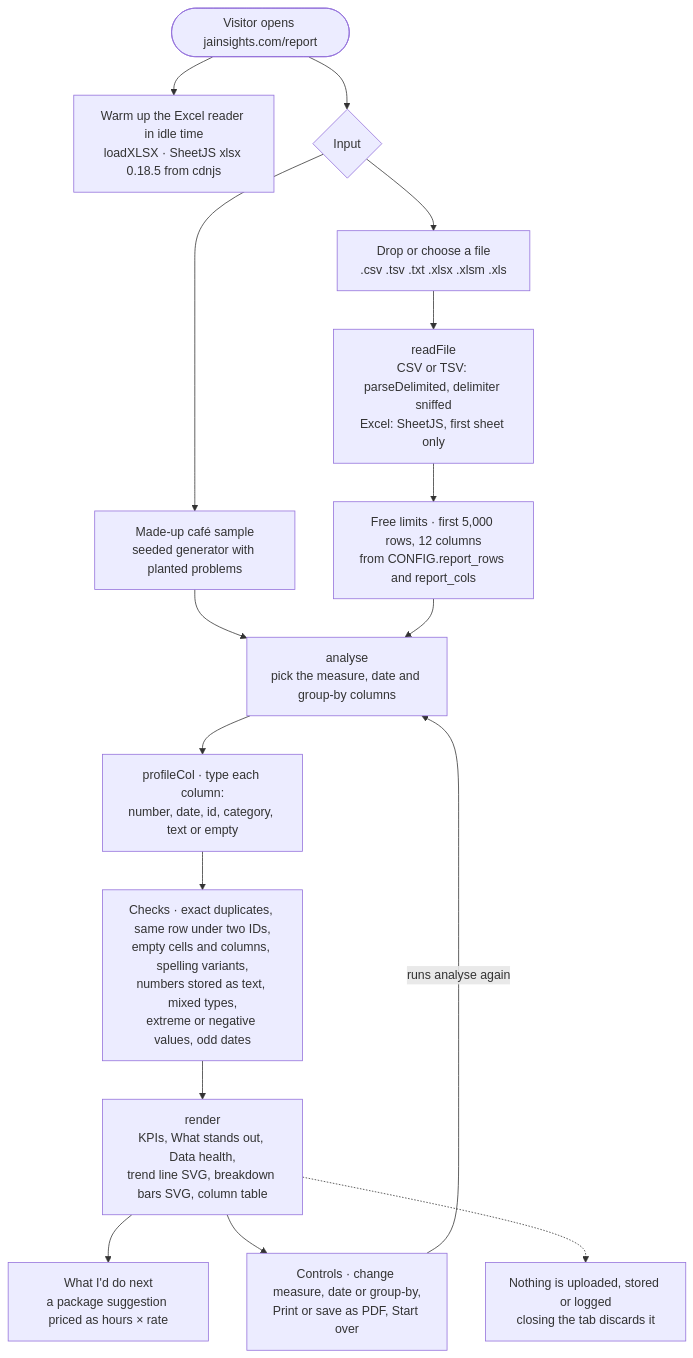
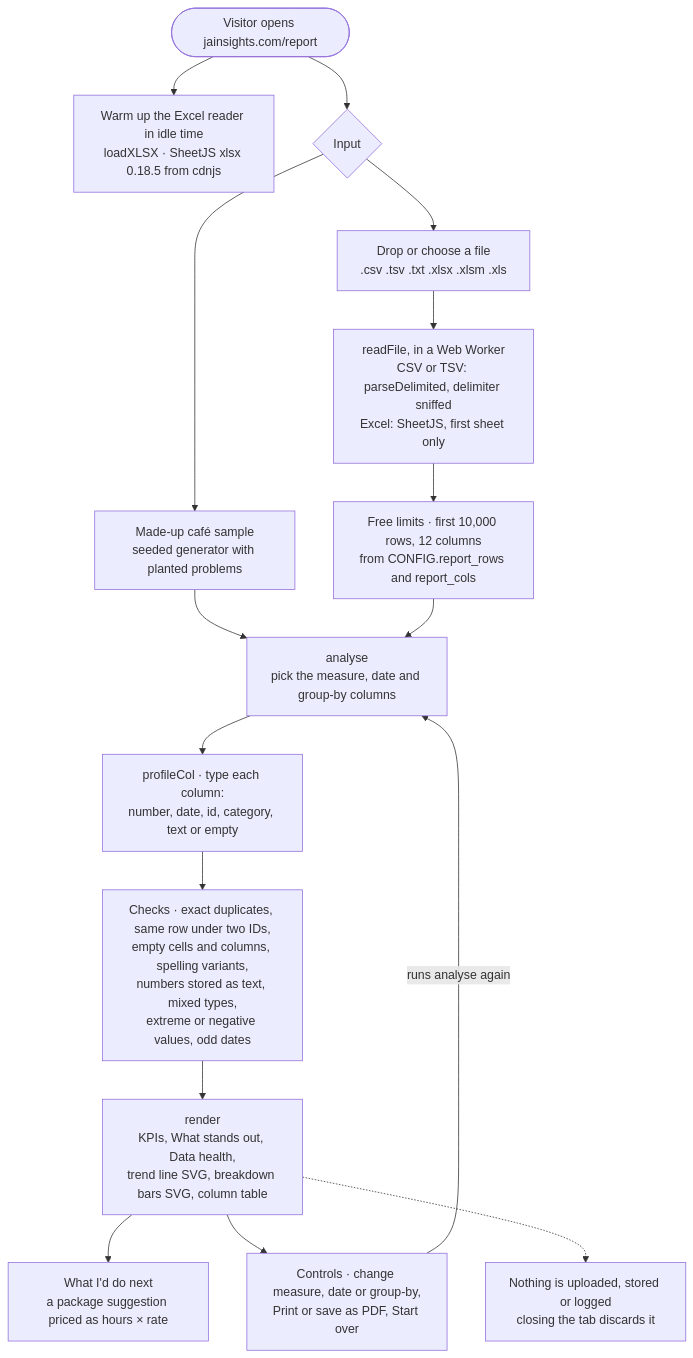
The diagram in _src/architecture/functionality-report.mmd (jameseby21/jeby-us), drawn with Mermaid before and after one commit. The commit also changed 11 other files, not shown here.

```diff
--- a/_src/architecture/functionality-report.mmd
+++ b/_src/architecture/functionality-report.mmd
@@ -1,31 +1,31 @@
 flowchart TB
   start(["Visitor opens jainsights.com/report"])
   warm["Warm up the Excel reader in idle time<br/>loadXLSX · SheetJS xlsx 0.18.5 from cdnjs"]
   pick{"Input"}
   drop["Drop or choose a file<br/>.csv .tsv .txt .xlsx .xlsm .xls"]
   sample["Made-up café sample<br/>seeded generator with planted problems"]
-  read["readFile<br/>CSV or TSV: parseDelimited, delimiter sniffed<br/>Excel: SheetJS, first sheet only"]
-  limit["Free limits · first 5,000 rows, 12 columns<br/>from CONFIG.report_rows and report_cols"]
+  read["readFile, in a Web Worker<br/>CSV or TSV: parseDelimited, delimiter sniffed<br/>Excel: SheetJS, first sheet only"]
+  limit["Free limits · first 10,000 rows, 12 columns<br/>from CONFIG.report_rows and report_cols"]
   analyse["analyse<br/>pick the measure, date and group-by columns"]
   profile["profileCol · type each column:<br/>number, date, id, category, text or empty"]
   checks["Checks · exact duplicates, same row under two IDs,<br/>empty cells and columns, spelling variants,<br/>numbers stored as text, mixed types,<br/>extreme or negative values, odd dates"]
   render["render<br/>KPIs, What stands out, Data health,<br/>trend line SVG, breakdown bars SVG, column table"]
   nextStep["What I'd do next<br/>a package suggestion priced as hours × rate"]
   controls["Controls · change measure, date or group-by,<br/>Print or save as PDF, Start over"]
   privacy["Nothing is uploaded, stored or logged<br/>closing the tab discards it"]
 
   start --> warm
   start --> pick
   pick --> drop
   drop --> read
   pick --> sample
   sample --> analyse
   read --> limit
   limit --> analyse
   analyse --> profile
   profile --> checks
   checks --> render
   render --> nextStep
   render --> controls
   controls -->|"runs analyse again"| analyse
   render -.-> privacy
```
